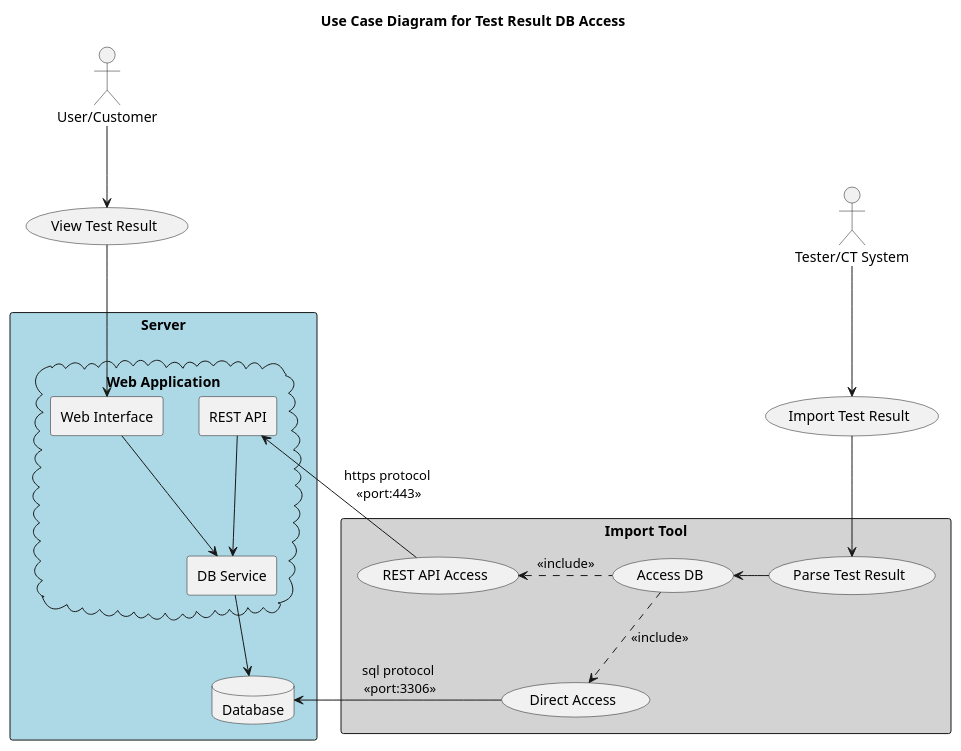
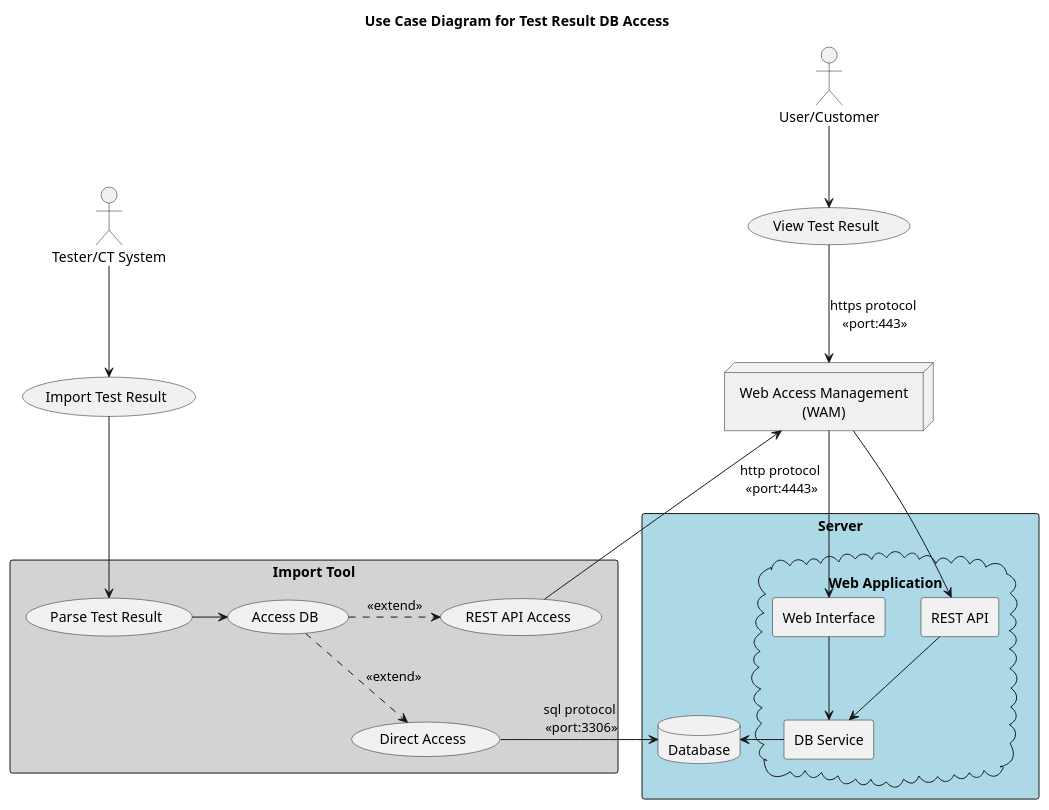
Before and after one commit to test-fullautomation/python-testresultdbaccess: the diagram in packagedoc/design/diagrams/usecase_diagram.puml, drawn with PlantUML. The commit also changed 1 other file, not shown here.

```diff
--- a/packagedoc/design/diagrams/usecase_diagram.puml
+++ b/packagedoc/design/diagrams/usecase_diagram.puml
@@ -1,53 +1,58 @@
 @startuml
 title Use Case Diagram for Test Result DB Access
 ' left to right direction
 skinparam actorStyle "rounded"
-
+skinparam defaultTextAlignment center
 
 actor "User/Customer" as User
 actor "Tester/CT System" as Tester
 
 usecase "Import Test Result" as ImportTestResult
 
 usecase "View Test Result" as ViewTestResult
 
+Node "Web Access Management\n(WAM)" as WAM {
+
+}
 ' Import Tool Package
 rectangle "Import Tool" as ImportTool #LightGray {
     usecase "Parse Test Result" as ParseTestResult
     usecase "Access DB" as AccessDB
     usecase "REST API Access" as RestAPIAccess
     usecase "Direct Access" as DirectAccess
 }
 
 ' TestResult Server
 rectangle "Server" as Server #lightblue {
     Cloud "Web Application" as WebApp  {
         rectangle "Web Interface" as WebInterface
         rectangle "REST API" as RestAPI
         rectangle "DB Service" as DBService
     }
 
     database "Database" as DB
 }
 
 ' Actor Connections
 User --> ViewTestResult
-ViewTestResult --> WebInterface
+ViewTestResult --> WAM: https protocol\n <<port:443>>
+WAM --> WebInterface
 Tester --> ImportTestResult
 
 ' Import Tool Connections
 ImportTestResult --> ParseTestResult
-ParseTestResult -left-> AccessDB
-AccessDB .left.> RestAPIAccess : <<include>>
-AccessDB ..> DirectAccess : <<include>>
-DirectAccess -left-> DB: sql protocol\n <<port:3306>>
+ParseTestResult -right-> AccessDB
+AccessDB .right.> RestAPIAccess : <<extend>>
+AccessDB ..> DirectAccess : <<extend>>
+DirectAccess -right-> DB: sql protocol\n <<port:3306>>
 
 ' Server Connections
-RestAPIAccess -left-> RestAPI: https protocol\n <<port:443>>
+RestAPIAccess -left-> WAM: http protocol\n <<port:4443>>
+WAM --> RestAPI
 
 ' Internal Server Connections
 RestAPI --> DBService
 WebInterface --> DBService
-DBService --> DB
+DBService -left-> DB
 
 @enduml
```
